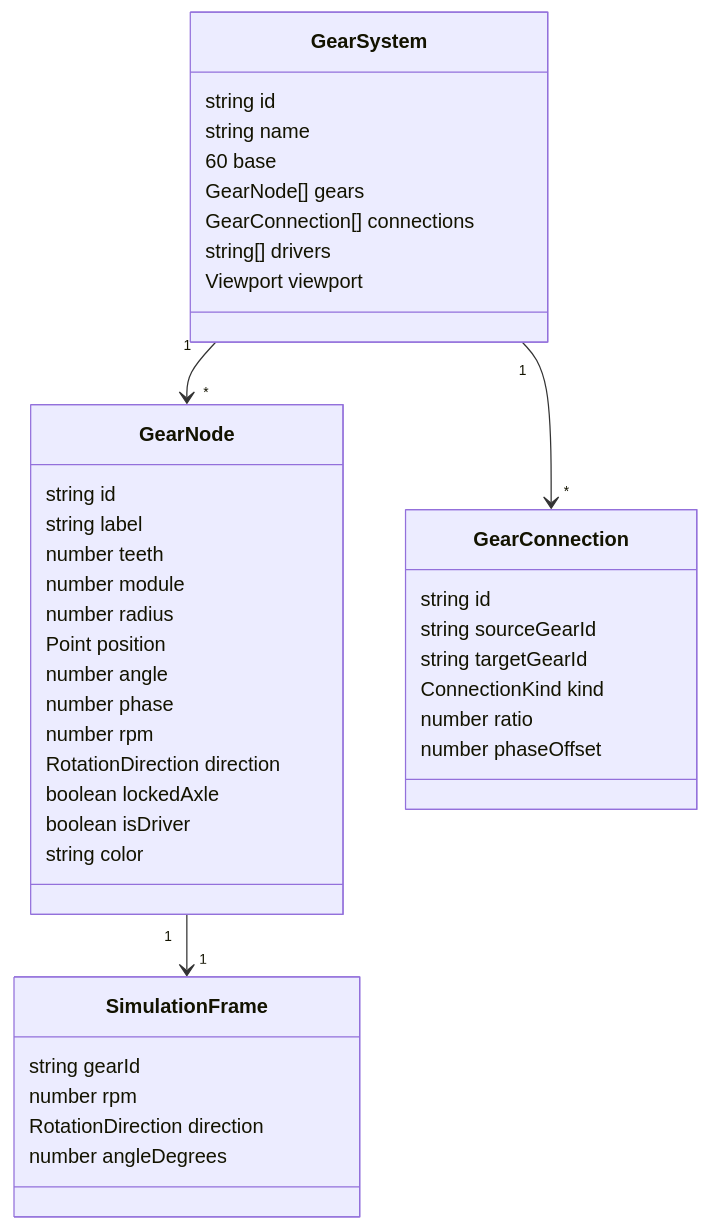
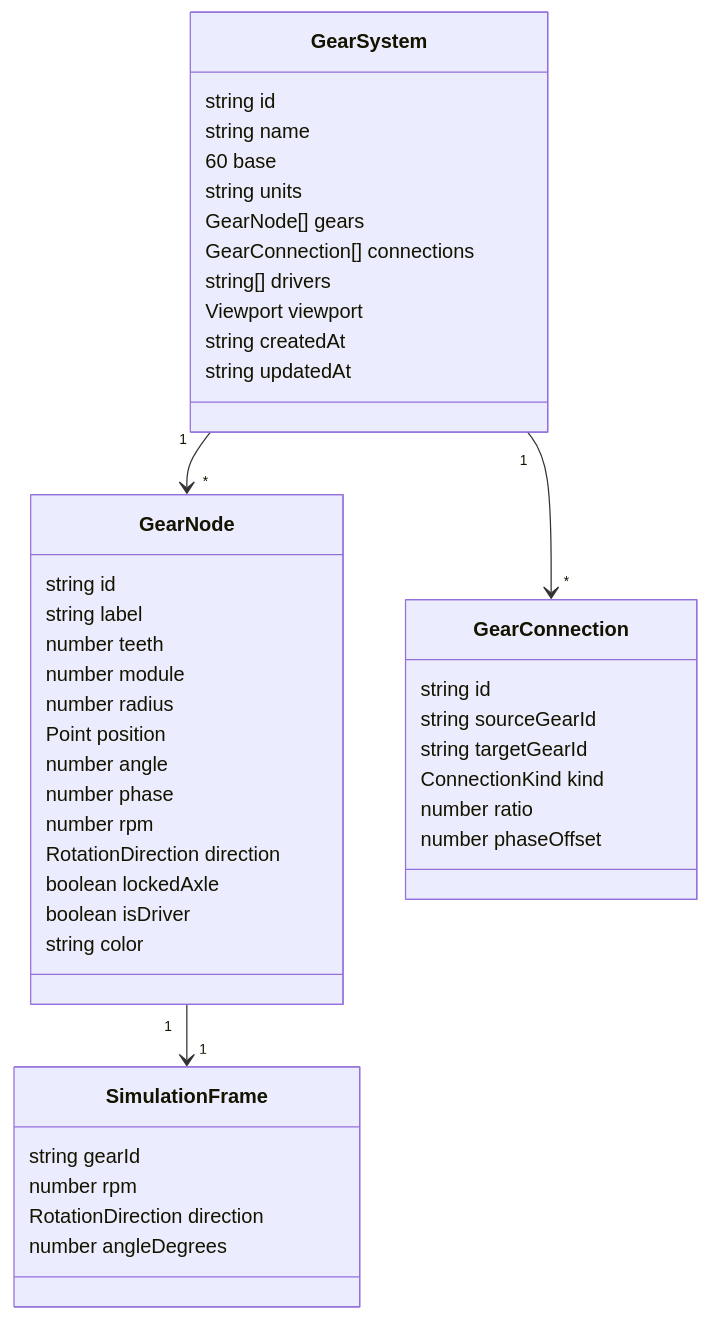
Before and after one commit to mjshuff23/interactive-gear-simulator: the second of 4 diagrams in docs/architecture/system-map.md, drawn with Mermaid. The commit also changed 10 other files, not shown here.

````diff
--- a/docs/architecture/system-map.md
+++ b/docs/architecture/system-map.md
@@ -25,48 +25,51 @@
 ```mermaid
 classDiagram
   class GearSystem {
     string id
     string name
     60 base
+    string units
     GearNode[] gears
     GearConnection[] connections
     string[] drivers
     Viewport viewport
+    string createdAt
+    string updatedAt
   }
 
   class GearNode {
     string id
     string label
     number teeth
     number module
     number radius
     Point position
     number angle
     number phase
     number rpm
     RotationDirection direction
     boolean lockedAxle
     boolean isDriver
     string color
   }
 
   class GearConnection {
     string id
     string sourceGearId
     string targetGearId
     ConnectionKind kind
     number ratio
     number phaseOffset
   }
 
   class SimulationFrame {
     string gearId
     number rpm
     RotationDirection direction
     number angleDegrees
   }
 
   GearSystem "1" --> "*" GearNode
   GearSystem "1" --> "*" GearConnection
   GearNode "1" --> "1" SimulationFrame
 ```
````
